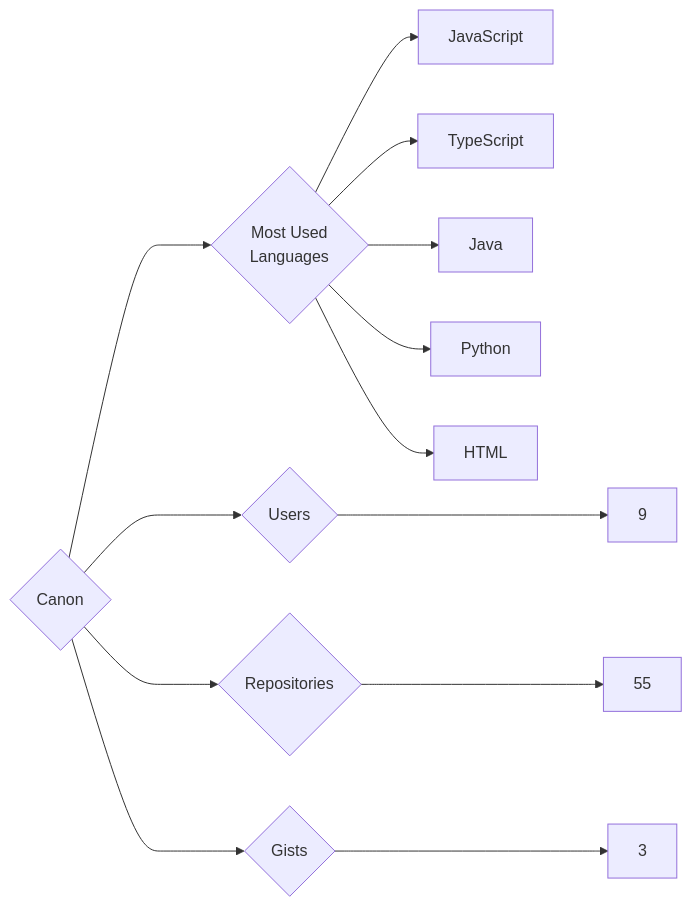
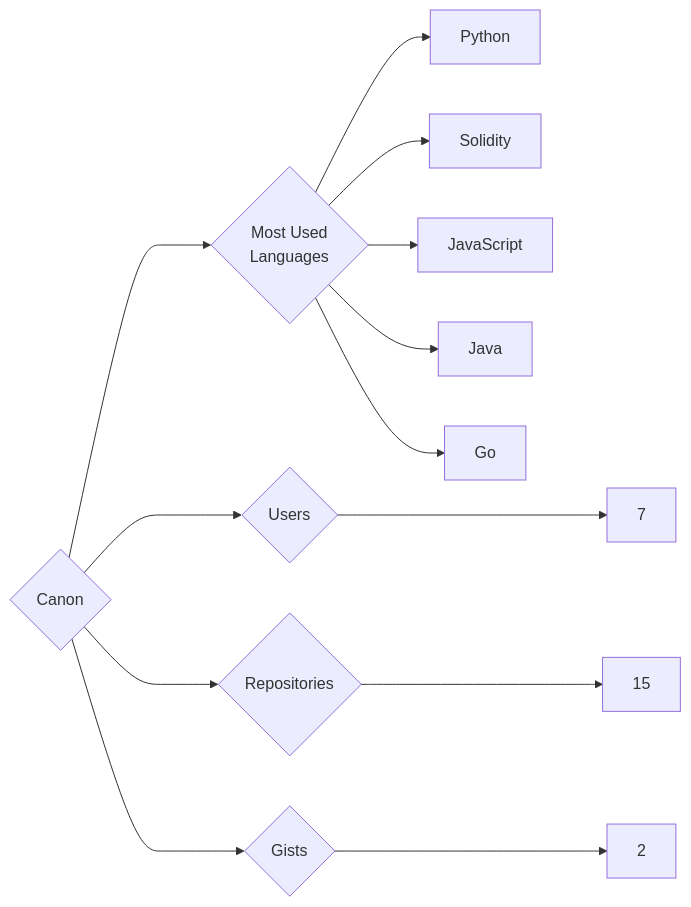
One commit to trickest/insiders changed the diagram in targets/Canon/README.md. Above: the diagram before and after it, drawn with Mermaid. The commit also changed 736 other files, not shown here.

````diff
--- a/targets/Canon/README.md
+++ b/targets/Canon/README.md
@@ -3,13 +3,13 @@
 ```mermaid
 graph LR
 COMPANY_NAME{Canon}
-COMPANY_NAME ---> U{Users} ---> UN[9]
-COMPANY_NAME ---> R{Repositories} ---> RN[55]
-COMPANY_NAME ---> G{Gists} ---> GN[3]
+COMPANY_NAME ---> U{Users} ---> UN[7]
+COMPANY_NAME ---> R{Repositories} ---> RN[15]
+COMPANY_NAME ---> G{Gists} ---> GN[2]
 COMPANY_NAME ---> ML{Most Used<br>Languages}
+ML --> Python[Python]
+ML --> Solidity[Solidity]
 ML --> JavaScript[JavaScript]
-ML --> TypeScript[TypeScript]
 ML --> Java[Java]
-ML --> Python[Python]
-ML --> HTML[HTML]
+ML --> Go[Go]
 ```
````
